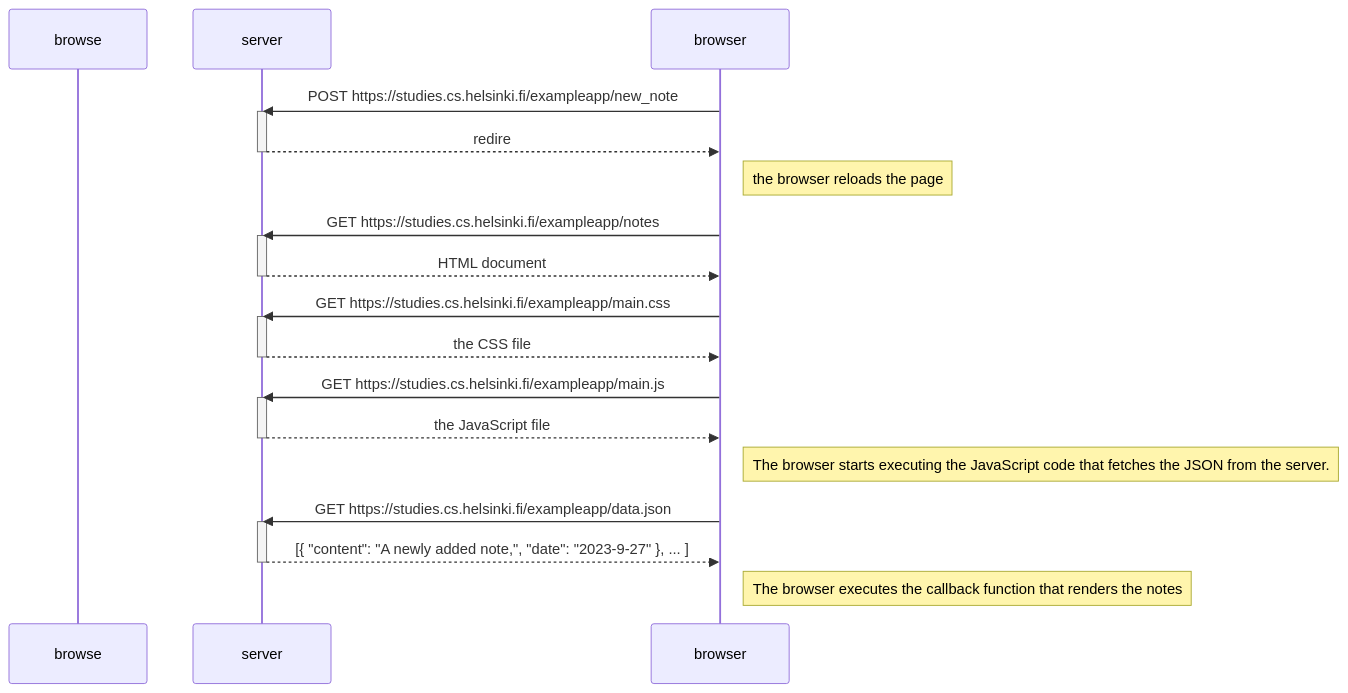
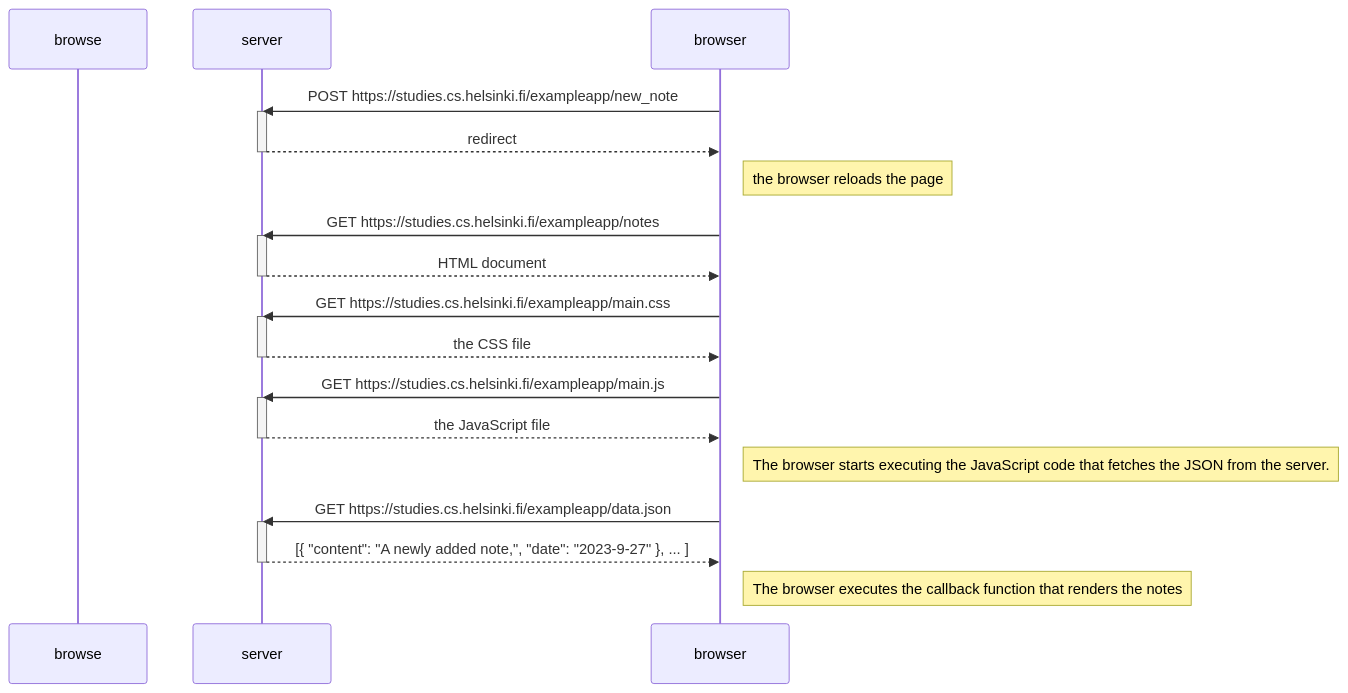
The diagram in part0/0.4/new_note_diagram.md (AlexanderGurnet/fullstackopen), drawn with Mermaid before and after one commit.

````diff
--- a/part0/0.4/new_note_diagram.md
+++ b/part0/0.4/new_note_diagram.md
@@ -2,35 +2,35 @@
 ```mermaid
   sequenceDiagram
     participant browse
     participant server
 
     browser->>server: POST https://studies.cs.helsinki.fi/exampleapp/new_note
     activate server
-    server-->>browser: redire
+    server-->>browser: redirect
     deactivate server
     Note right of browser: the browser reloads the page
 
     browser->>server: GET https://studies.cs.helsinki.fi/exampleapp/notes
     activate server
     server-->>browser: HTML document
     deactivate server
     
     browser->>server: GET https://studies.cs.helsinki.fi/exampleapp/main.css
     activate server
     server-->>browser: the CSS file
     deactivate server
 
     browser->>server: GET https://studies.cs.helsinki.fi/exampleapp/main.js
     activate server
     server-->>browser: the JavaScript file
     deactivate server
 
     Note right of browser: The browser starts executing the JavaScript code that fetches the JSON from the server.
 
     browser->>server: GET https://studies.cs.helsinki.fi/exampleapp/data.json
     activate server
     server-->>browser: [{ "content": "A newly added note,", "date": "2023-9-27" }, ... ]
     deactivate server
 
     Note right of browser: The browser executes the callback function that renders the notes
 ```
````
